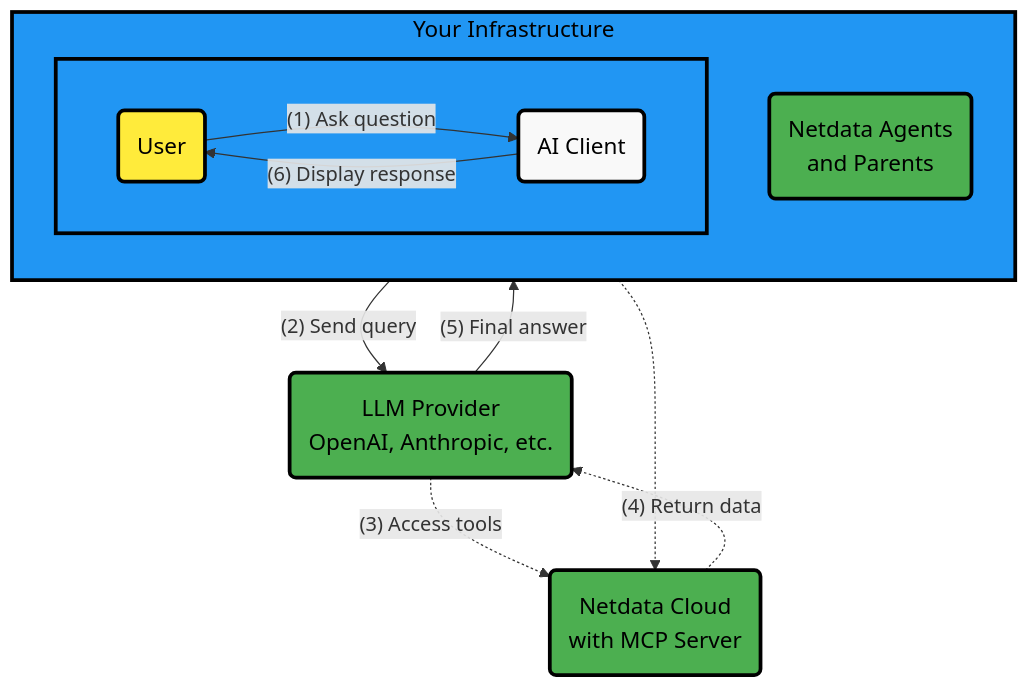
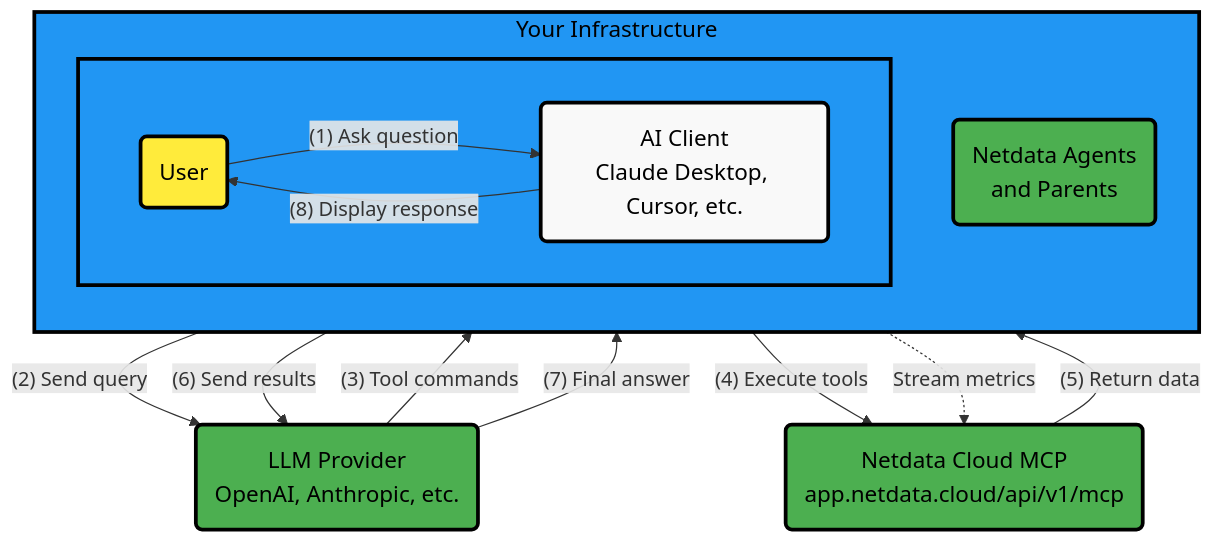
The second of 2 diagrams in docs/netdata-ai/mcp/ai-chat-netdata.md (netdata/netdata), drawn with Mermaid before and after one commit. The commit also changed other lines of this file and 11 other files, not shown here.

Commit message:
feat: Adds Netdata Cloud MCP server docs

````diff
--- a/docs/netdata-ai/mcp/ai-chat-netdata.md
+++ b/docs/netdata-ai/mcp/ai-chat-netdata.md
@@ -66,39 +66,41 @@
 ```mermaid
 flowchart TB
     LLM("LLM Provider<br/>OpenAI, Anthropic, etc.")
-    CloudMCP("Netdata Cloud<br/>with MCP Server")
-    
+    CloudMCP("Netdata Cloud MCP<br/>app.netdata.cloud/api/v1/mcp")
+
     subgraph infra["Your Infrastructure"]
         direction TB
         subgraph userLayer[" "]
             direction LR
             User("User")
-            Client("AI Client")
-            
+            Client("AI Client<br/>Claude Desktop, Cursor, etc.")
+
             User -->|"(1) Ask question"| Client
-            Client -->|"(6) Display response"| User
+            Client -->|"(8) Display response"| User
         end
-        
+
         Agents("Netdata Agents<br/>and Parents")
     end
-    
+
     Client -->|"(2) Send query"| LLM
-    LLM -.->|"(3) Access tools"| CloudMCP
-    CloudMCP -.->|"(4) Return data"| LLM
-    LLM -->|"(5) Final answer"| Client
-    
-    Agents -.-> CloudMCP
-    
+    LLM -->|"(3) Tool commands"| Client
+    Client -->|"(4) Execute tools"| CloudMCP
+    CloudMCP -->|"(5) Return data"| Client
+    Client -->|"(6) Send results"| LLM
+    LLM -->|"(7) Final answer"| Client
+
+    Agents -.->|"Stream metrics"| CloudMCP
+
     %% Style definitions
     classDef alert fill:#ffeb3b,stroke:#000000,stroke-width:3px,color:#000000,font-size:18px
     classDef neutral fill:#f9f9f9,stroke:#000000,stroke-width:3px,color:#000000,font-size:18px
     classDef complete fill:#4caf50,stroke:#000000,stroke-width:3px,color:#000000,font-size:18px
     classDef database fill:#2196F3,stroke:#000000,stroke-width:3px,color:#000000,font-size:18px
 
     %% Apply styles
     class User alert
     class Client neutral
     class LLM complete
     class CloudMCP,Agents complete
     class infra,userLayer database
 ```
````
